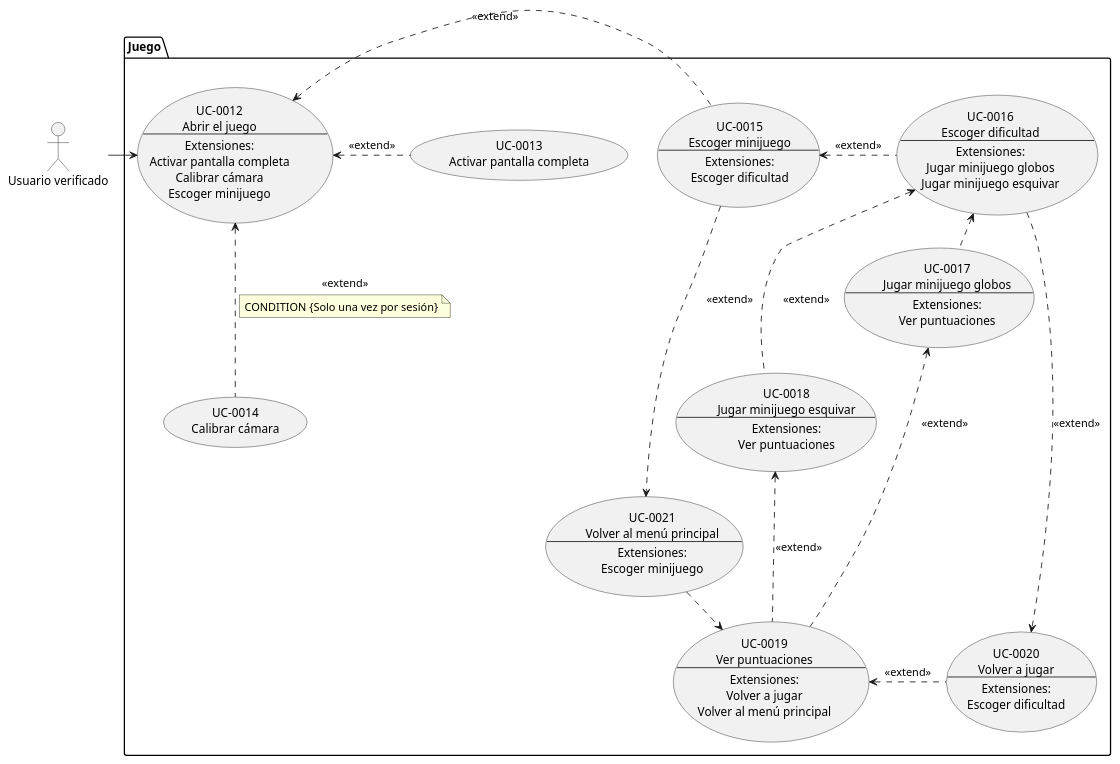
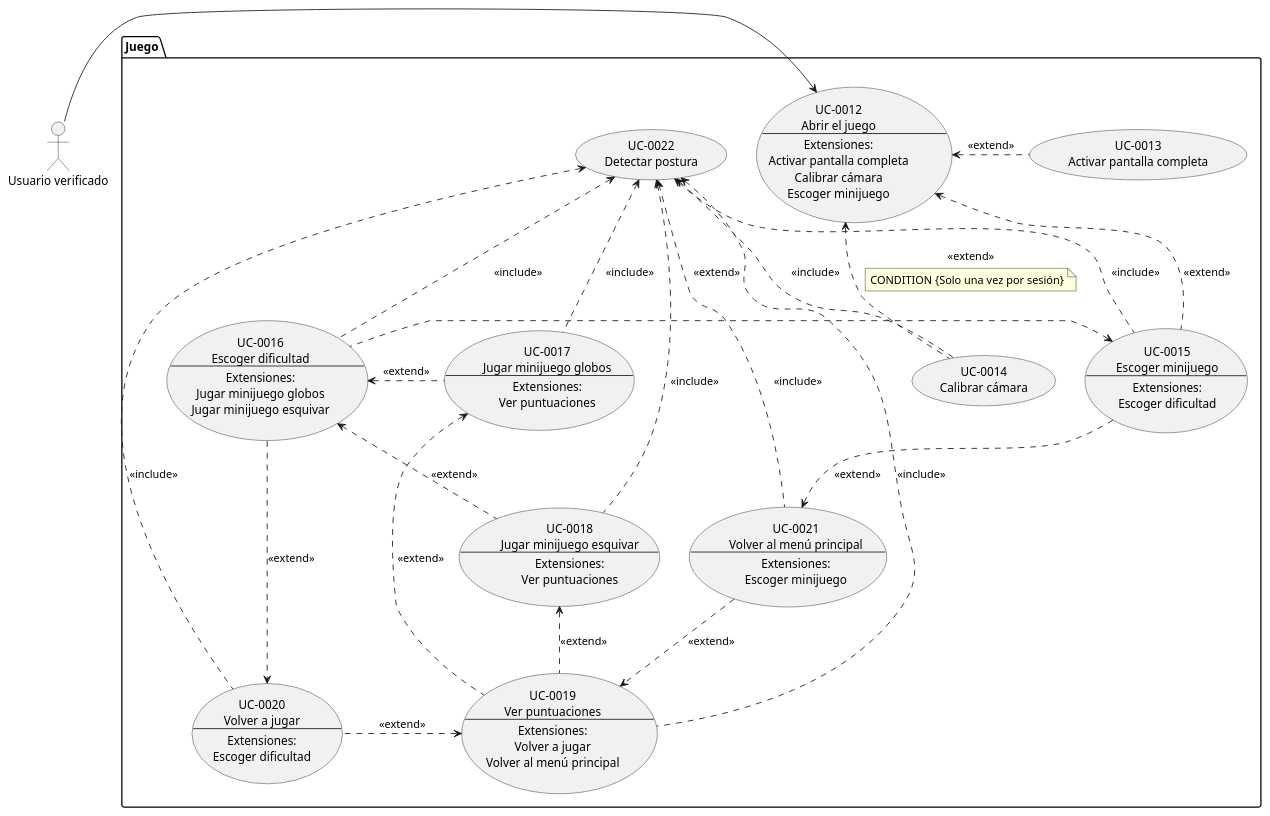
One commit to Luengor/RINL changed the diagram in docs/anexo1/plants/juego.puml. Above: the diagram before and after it, drawn with PlantUML. The commit also changed 6 other files, not shown here.

Commit message:
caso uso detectar postura

```diff
--- a/docs/anexo1/plants/juego.puml
+++ b/docs/anexo1/plants/juego.puml
@@ -1,107 +1,121 @@
 @startuml "juego"
 
 :Usuario verificado: as userverif
 
 package "Juego" {
     usecase AbrirJuego as "
     UC-0012
     Abrir el juego
     ---
     Extensiones:
     Activar pantalla completa
     Calibrar cámara
     Escoger minijuego
     "
     usecase PantallaCompleta as "UC-0013
     Activar pantalla completa"
     usecase Calibrar as "UC-0014
     Calibrar cámara"
     usecase EscogerMinijuego as "
     UC-0015
     Escoger minijuego
     ---
     Extensiones:
     Escoger dificultad
     "
     usecase EscogerDificultad as "
     UC-0016
     Escoger dificultad
     ---
     Extensiones:
     Jugar minijuego globos
     Jugar minijuego esquivar
     "
     usecase JugarGlobos as "
     UC-0017
     Jugar minijuego globos
     ---
     Extensiones:
     Ver puntuaciones"
     usecase JugarEsquivar as "
     UC-0018
     Jugar minijuego esquivar
     ---
     Extensiones:
     Ver puntuaciones
     "
     usecase Puntuacion as "
     UC-0019
     Ver puntuaciones
     ---
     Extensiones:
     Volver a jugar
     Volver al menú principal
     "
     usecase VolverJugar as "
     UC-0020
     Volver a jugar
     ---
     Extensiones:
     Escoger dificultad
     "
     usecase VolverMenuJuego as "
     UC-0021
     Volver al menú principal
     ---
     Extensiones:
     Escoger minijuego
     "
+
+    usecase DetectarPostura as "UC-0022
+    Detectar postura"
 }
 
 /'
  ' El usuario verificado puede abrir el juego, desde el cual se puede activar la pantalla completa.
  ' La primera vez que se abra el juego, automáticamente se calibrará la cámara.
  ' Después, aparecerá el menú de selección de minijuego.
  ' Desde el menú de selección de minijuego, se puede escoger el minijuego.
  ' Una vez escogido el minijuego, se puede escoger la dificultad.
  ' Una vez escogida la dificultad, se jugará el minijuego.
  ' Finalmente, se podrá ver la puntuación obtenida y volver a jugar o volver al menú principal.
  '/
 userverif -> (AbrirJuego)
 
 (AbrirJuego) <.. (Calibrar) : <<extend>>
 note bottom of link : CONDITION {Solo una vez por sesión}
 
 ' Escoger minijuego después de jugar
 (EscogerMinijuego) ..> (VolverMenuJuego) : <<extend>>
 
 ' Escoger minijuego después de abrir el juego
 (AbrirJuego) <. (EscogerMinijuego) : <<extend>>
 ' Escoger dificultad después de escoger minijuego
 (EscogerMinijuego) <. (EscogerDificultad) : <<extend>>
 ' Escoger dificultad después de jugar
 (EscogerDificultad) ..> (VolverJugar) : <<extend>>
 
 ' Jugar minijuego globos/esquivar después de escoger dificultad
 (EscogerDificultad) <. (JugarGlobos) : <<extend>>
 (EscogerDificultad) <.. (JugarEsquivar) : <<extend>>
 ' Ver puntuaciones después de jugar minijuego globos/esquivar
 (JugarGlobos) <.. (Puntuacion) : <<extend>>
 (JugarEsquivar) <.. (Puntuacion) : <<extend>>
 ' Volver a jugar/volver al menú principal después de ver puntuaciones
 (VolverMenuJuego) .> (Puntuacion) : <<extend>>
 (Puntuacion) <. (VolverJugar) : <<extend>>
 
 (AbrirJuego) <. (PantallaCompleta) : <<extend>>
 
+' skinparam linetype ortho
+' Basicamente todo el juego incluye la detección de postura
+(DetectarPostura) <.. (Calibrar) : <<include>>
+(DetectarPostura) <.. (EscogerMinijuego) : <<include>>
+(DetectarPostura) <. (EscogerDificultad) : <<include>>
+(DetectarPostura) <.. (JugarGlobos) : <<include>>
+(DetectarPostura) <. (JugarEsquivar) : <<include>>
+(DetectarPostura) <.. (Puntuacion) : <<include>>
+(DetectarPostura) <. (VolverJugar) : <<include>>
+(DetectarPostura) <. (VolverMenuJuego) : <<include>>
+
 @enduml
```
